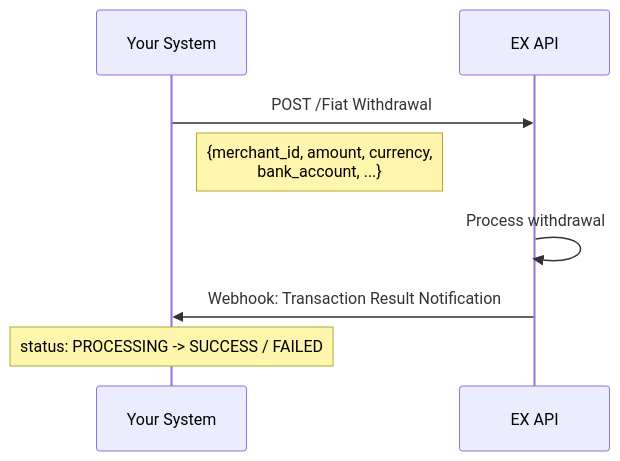
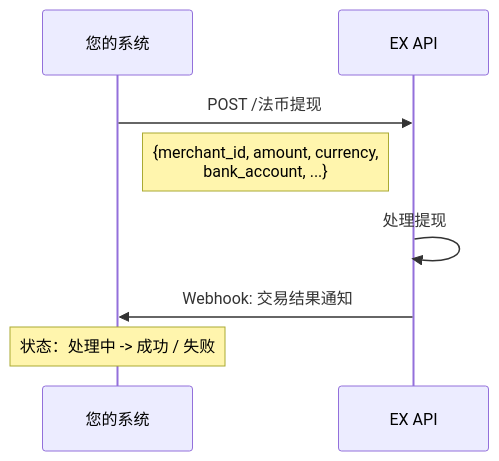
Before and after one commit to xiaoxiaoangie/EX-NEW: the tenth of 16 diagrams in Solutions/solutions/crypto-solutions-cn.md, drawn with Mermaid. The commit also changed other lines of this file and 36 other files, not shown here.

````diff
--- a/Solutions/solutions/crypto-solutions-cn.md
+++ b/Solutions/solutions/crypto-solutions-cn.md
@@ -391,11 +391,11 @@
 ```mermaid
 sequenceDiagram
-    participant You as Your System
+    participant You as 您的系统
     participant EX as EX API
 
-    You->>EX: POST /Fiat Withdrawal
+    You->>EX: POST /法币提现
     Note right of You: {merchant_id, amount, currency,<br/>bank_account, ...}
-    EX->>EX: Process withdrawal
-    EX->>You: Webhook: Transaction Result Notification
-    Note over You: status: PROCESSING -> SUCCESS / FAILED
+    EX->>EX: 处理提现
+    EX->>You: Webhook: 交易结果通知
+    Note over You: 状态：处理中 -> 成功 / 失败
 ```
````
